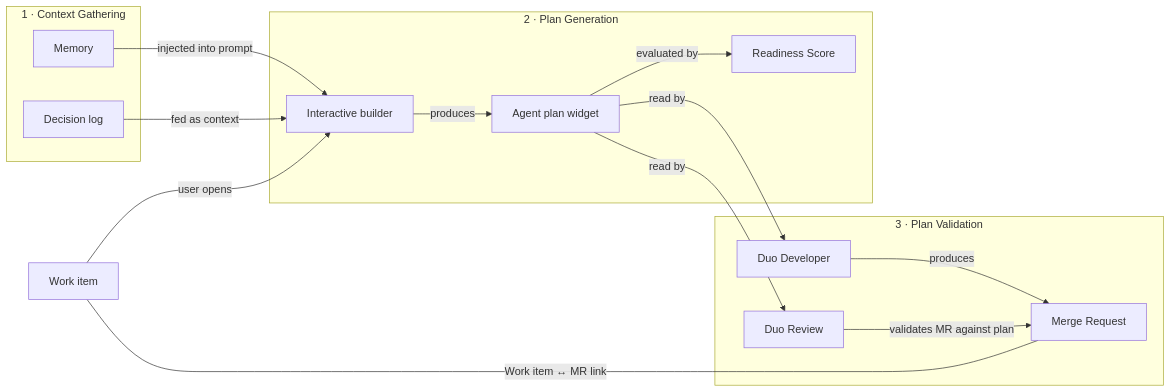
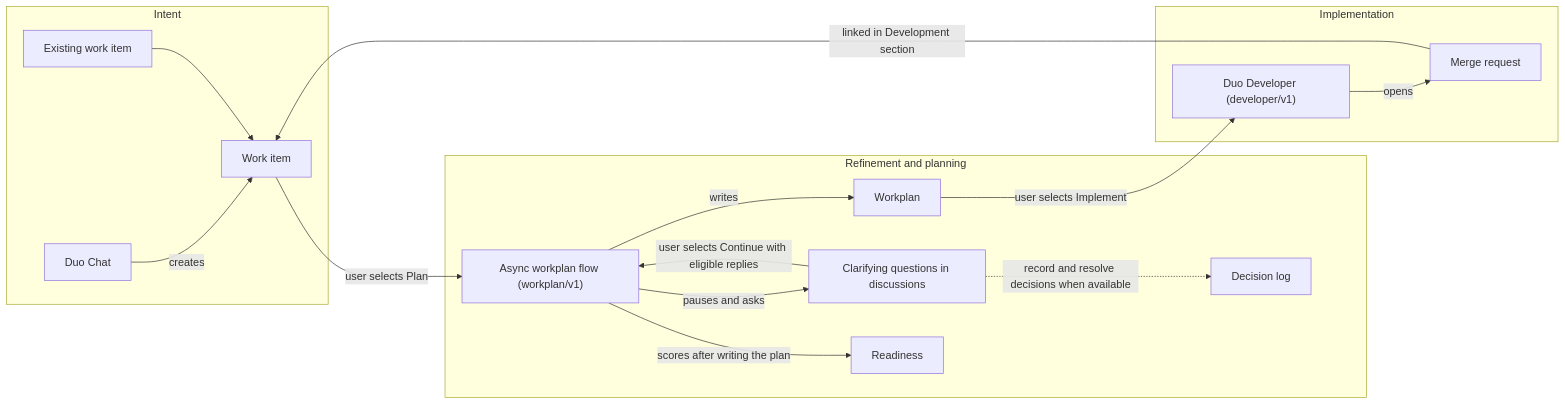
One commit to kyama0/gitlab-handbook-ja changed the diagram in content/handbook/engineering/architecture/design-documents/spec_driven_development/_index.md. Above: the diagram before and after it, drawn with Mermaid. The commit also changed other lines of this file and 20 other files, not shown here.

````diff
--- a/content/handbook/engineering/architecture/design-documents/spec_driven_development/_index.md
+++ b/content/handbook/engineering/architecture/design-documents/spec_driven_development/_index.md
@@ -39,24 +54,28 @@
 ```mermaid
 flowchart LR
-    subgraph context["1 · Context Gathering"]
-        Memory[Memory]
+    subgraph intent["Intent"]
+        Chat[Duo Chat] -->|creates| WI[Work item]
+        Backlog[Existing work item] --> WI
+    end
+
+    subgraph planning["Refinement and planning"]
+        Flow["Async workplan flow (workplan/v1)"]
+        Questions[Clarifying questions in discussions]
+        WP[Workplan]
+        Score[Readiness]
         DL[Decision log]
     end
 
-    subgraph generation["2 · Plan Generation"]
-        IB[Interactive builder] -->|produces| WP[Agent plan widget]
-        WP -->|evaluated by| Score[Readiness Score]
+    subgraph implementation["Implementation"]
+        DD["Duo Developer (developer/v1)"] -->|opens| MR[Merge request]
     end
 
-    subgraph validation["3 · Plan Validation"]
-        DD[Duo Developer] -->|produces| MR[Merge Request]
-        DR[Duo Review] -->|validates MR against plan| MR
-    end
-
-    WI[Work item] -->|user opens| IB
-    Memory -->|injected into prompt| IB
-    DL -->|fed as context| IB
-    WP -->|read by| DD
-    WP -->|read by| DR
-    WI ---|Work item ↔ MR link| MR
+    WI -->|user selects Plan| Flow
+    Flow -->|pauses and asks| Questions
+    Questions -->|user selects Continue with eligible replies| Flow
+    Questions -.->|record and resolve decisions when available| DL
+    Flow -->|writes| WP
+    Flow -->|scores after writing the plan| Score
+    WP -->|user selects Implement| DD
+    MR -->|linked in Development section| WI
 ```
````
